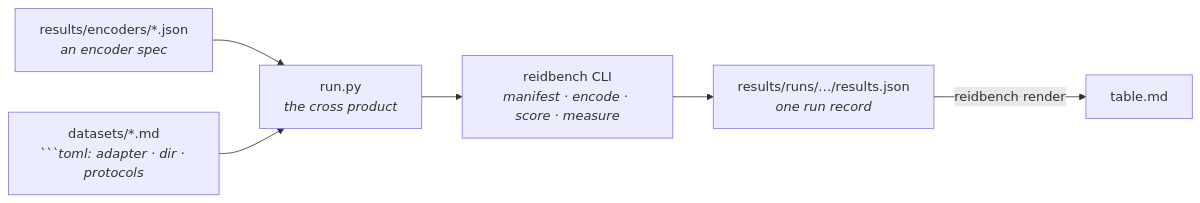
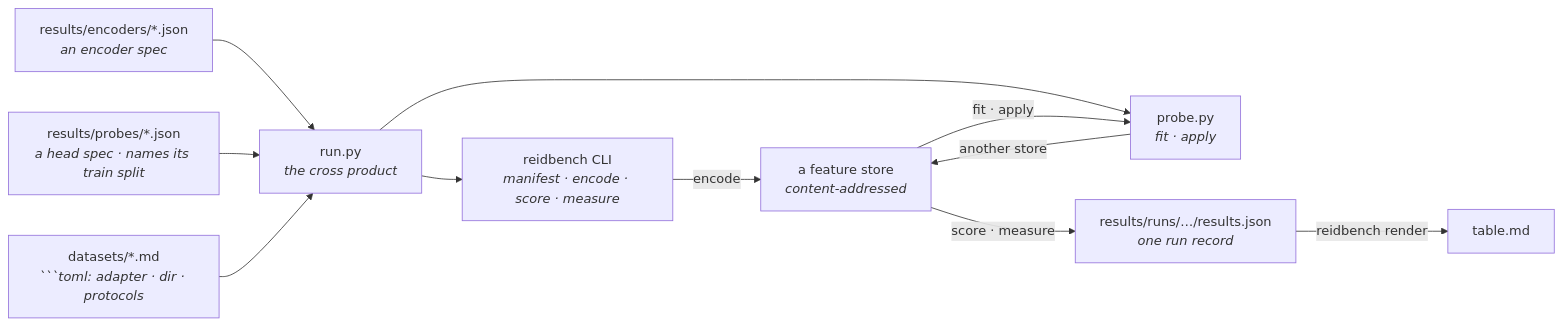
Before and after one commit to karolmajek/torment-nexus: the diagram in results/README.md, drawn with Mermaid. The commit also changed other lines of this file and 31 other files, not shown here.

````diff
--- a/results/README.md
+++ b/results/README.md
@@ -20,15 +26,23 @@
 ```mermaid
 flowchart LR
     E["results/encoders/*.json<br/><i>an encoder spec</i>"]
+    P["results/probes/*.json<br/><i>a head spec · names its train split</i>"]
     D["datasets/*.md<br/><i>```toml: adapter · dir · protocols</i>"]
     R["run.py<br/><i>the cross product</i>"]
     V["reidbench CLI<br/><i>manifest · encode · score · measure</i>"]
+    PR["probe.py<br/><i>fit · apply</i>"]
+    F["a feature store<br/><i>content-addressed</i>"]
     RUN["results/runs/…/results.json<br/><i>one run record</i>"]
     T["table.md"]
 
     E --> R
+    P --> R
     D --> R
     R --> V
-    V --> RUN
+    R --> PR
+    V -->|encode| F
+    F -->|fit · apply| PR
+    PR -->|another store| F
+    F -->|score · measure| RUN
     RUN -->|reidbench render| T
 ```
````
